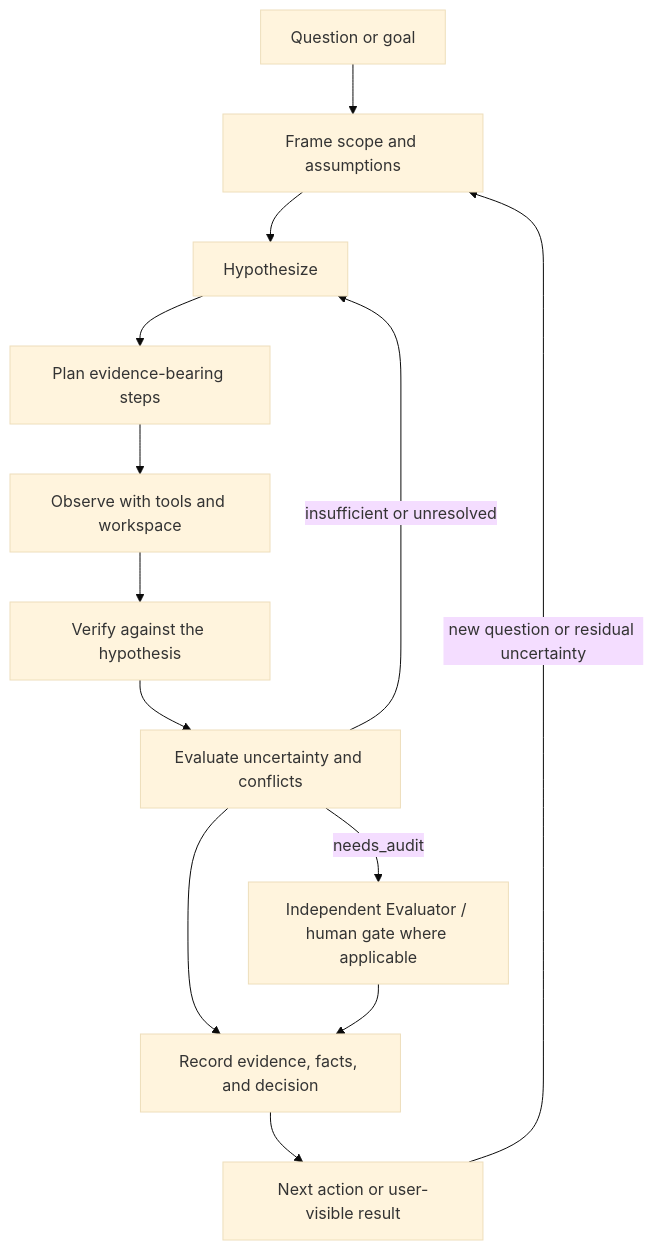
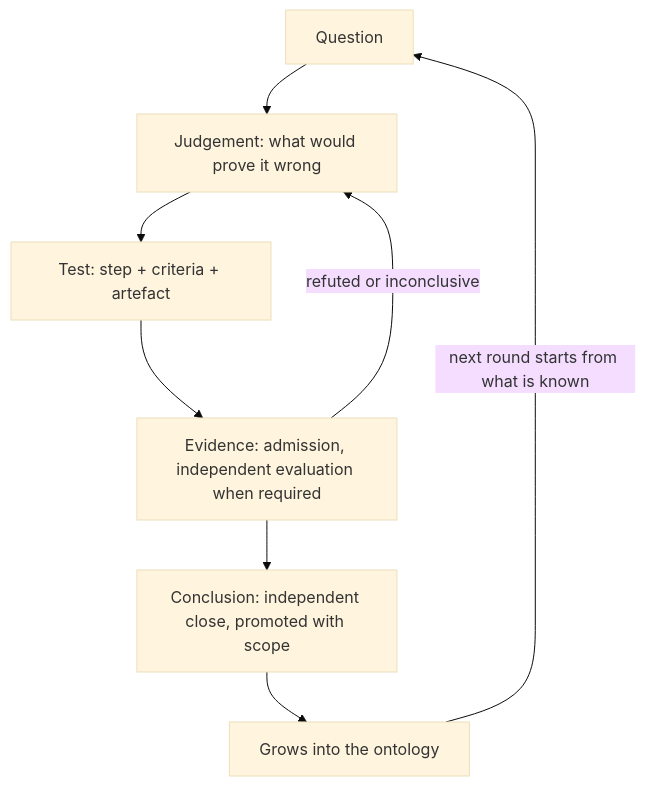
The diagram in docs/epistemic-loop.md (Clearailhc/clearai-dsh), drawn with Mermaid (base theme) before and after one commit. The commit also changed other lines of this file and 24 other files, not shown here.

````diff
--- a/docs/epistemic-loop.md
+++ b/docs/epistemic-loop.md
@@ -17,15 +24,10 @@
 ```mermaid
 flowchart TD
-    Q[Question or goal] --> F[Frame scope and assumptions]
-    F --> H[Hypothesize]
-    H --> P[Plan evidence-bearing steps]
-    P --> O[Observe with tools and workspace]
-    O --> V[Verify against the hypothesis]
-    V --> E[Evaluate uncertainty and conflicts]
-    E -->|needs_audit| A[Independent Evaluator / human gate where applicable]
-    E -->|insufficient or unresolved| H
-    E --> R[Record evidence, facts, and decision]
-    A --> R
-    R --> N[Next action or user-visible result]
-    N -->|new question or residual uncertainty| F
+    Q[Question] --> J[Judgement: what would prove it wrong]
+    J --> T[Test: step + criteria + artefact]
+    T --> E[Evidence: admission, independent evaluation when required]
+    E -->|refuted or inconclusive| J
+    E --> C[Conclusion: independent close, promoted with scope]
+    C --> O[Grows into the ontology]
+    O -->|next round starts from what is known| Q
 ```
````
